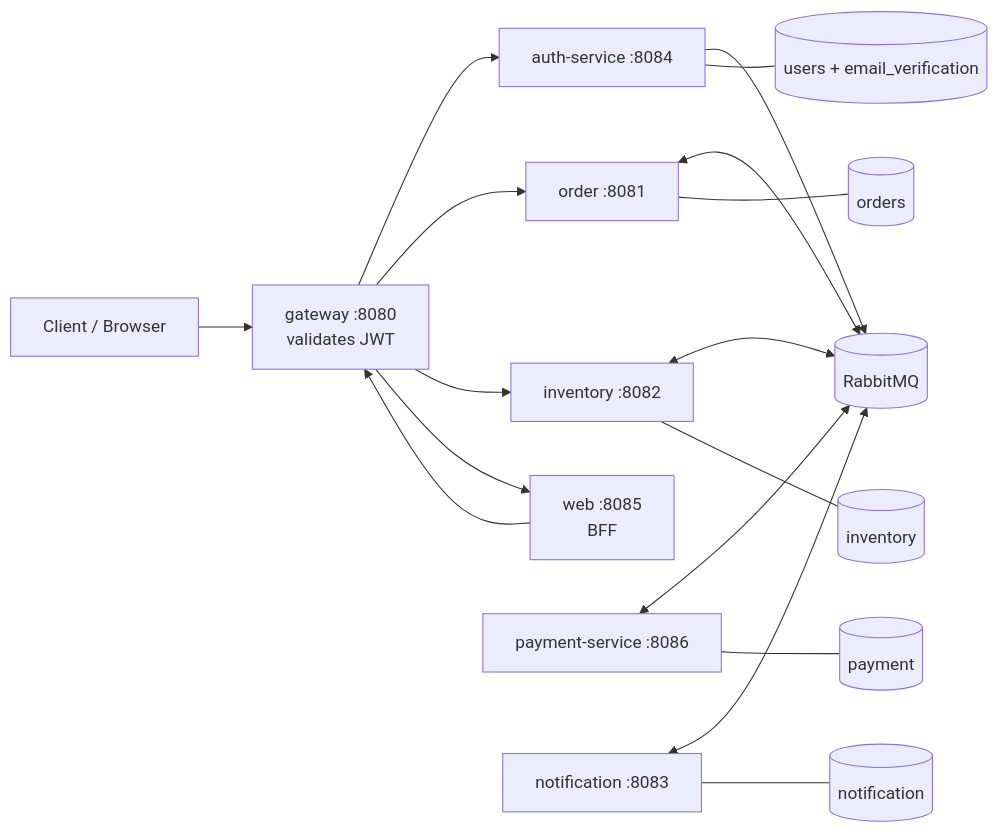
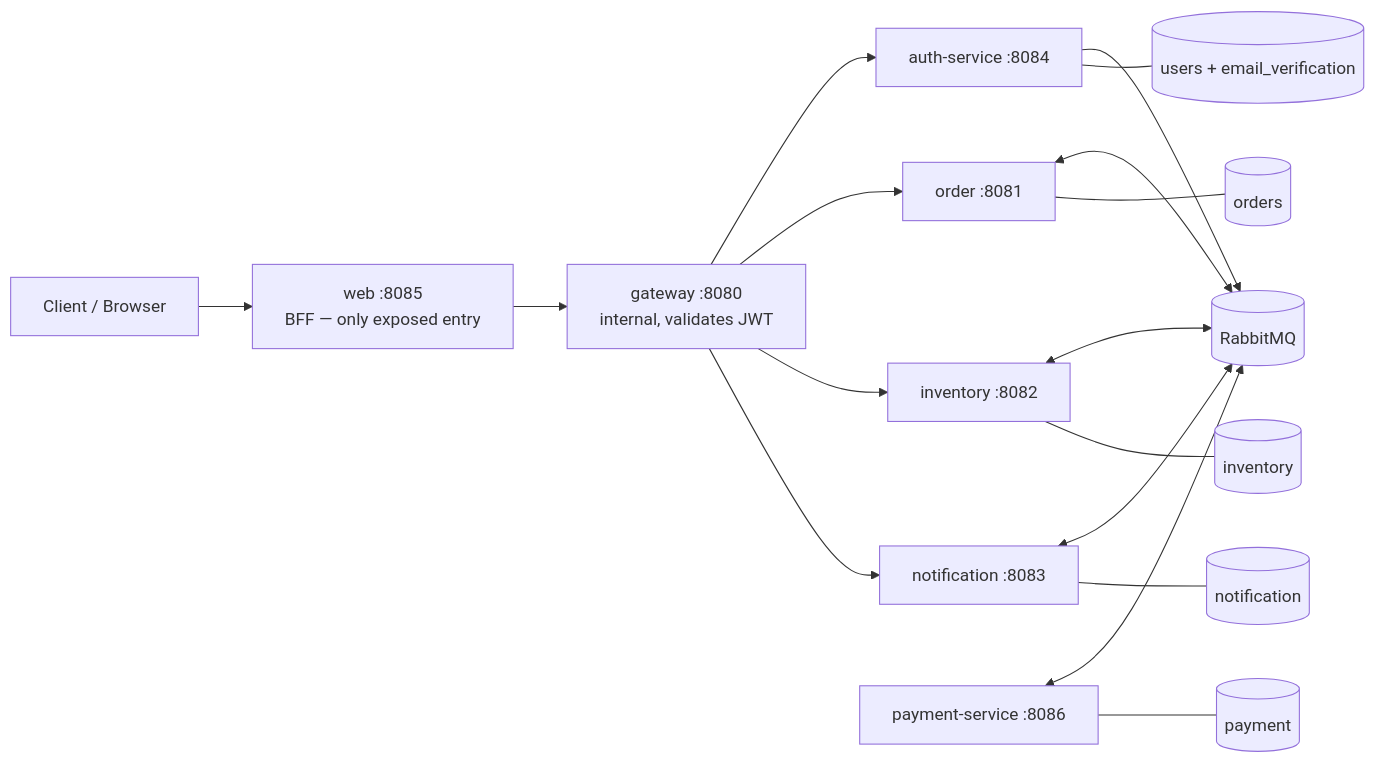
One commit to DevNic0las/order-flow changed the diagram in README.en.md. Above: the diagram before and after it, drawn with Mermaid. The commit also changed other lines of this file and 2 other files, not shown here.

````diff
--- a/README.en.md
+++ b/README.en.md
@@ -24,21 +24,22 @@
 ```mermaid
 flowchart LR
-  Client[Client / Browser] --> GW[gateway :8080<br/>validates JWT]
+  Client[Client / Browser] --> WEB[web :8085<br/>BFF — only exposed entry]
+  WEB --> GW[gateway :8080<br/>internal, validates JWT]
+
   GW --> AUTH[auth-service :8084]
   GW --> ORD[order :8081]
   GW --> INV[inventory :8082]
-  GW --> WEB[web :8085<br/>BFF]
-  WEB --> GW
+  GW --> NOT[notification :8083]
 
   ORD <--> MQ[(RabbitMQ)]
   INV <--> MQ
   PAY[payment-service :8086] <--> MQ
-  NOT[notification :8083] <--> MQ
+  NOT <--> MQ
   AUTH --> MQ
 
   ORD --- DB1[(orders)]
   INV --- DB2[(inventory)]
   PAY --- DB3[(payment)]
   NOT --- DB4[(notification)]
   AUTH --- DB5[(users + email_verification)]
 ```
````
